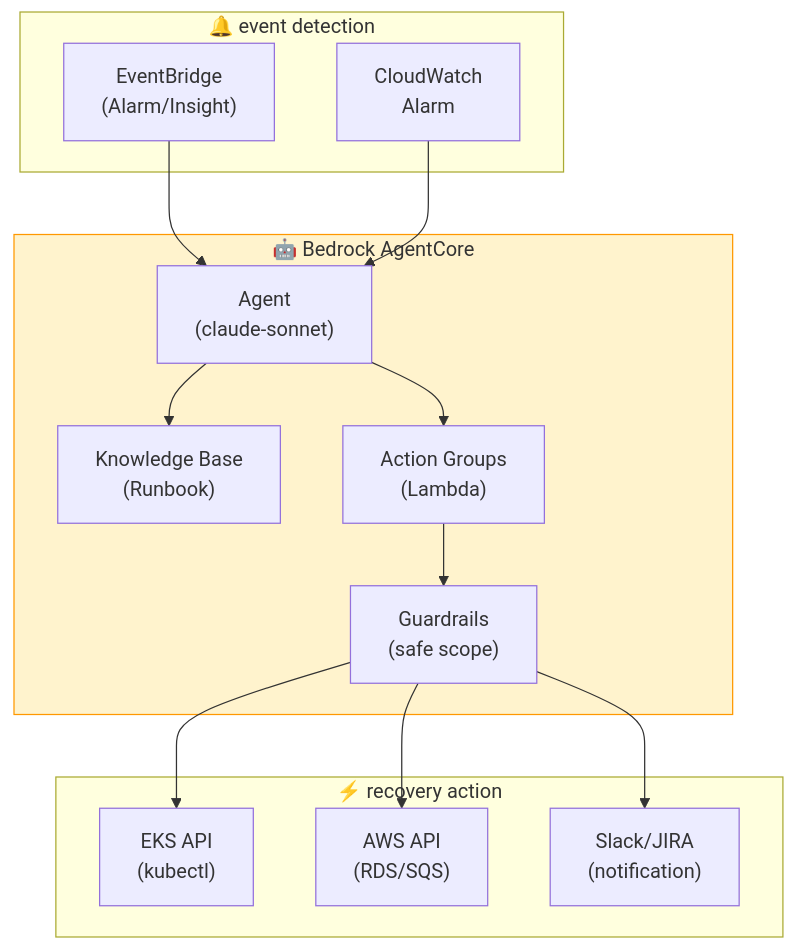
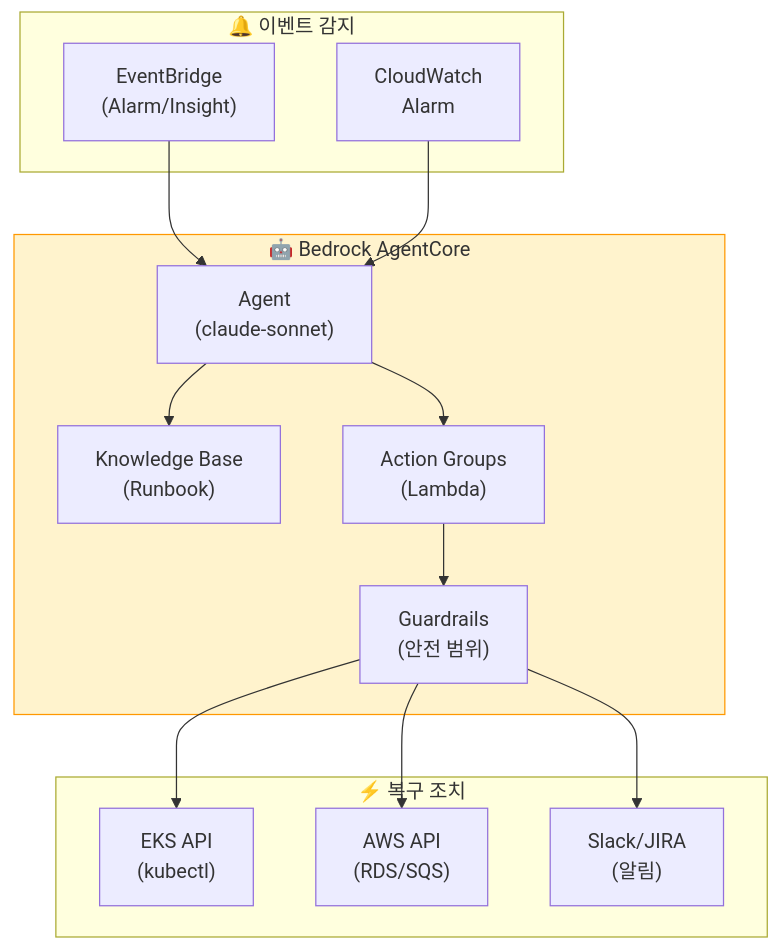
Before and after one commit to devfloor9/engineering-playbook: the eighth of 13 diagrams in i18n/en/docusaurus-plugin-content-docs/current/aidlc/agentic-ops/aiops-predictive-operations.md, drawn with Mermaid. The commit also changed other lines of this file and 95 other files, not shown here.

````diff
--- a/i18n/en/docusaurus-plugin-content-docs/current/aidlc/agentic-ops/aiops-predictive-operations.md
+++ b/i18n/en/docusaurus-plugin-content-docs/current/aidlc/agentic-ops/aiops-predictive-operations.md
@@ -1902,28 +1914,31 @@
 ```mermaid
 graph TD
-subgraph Trigger["🔔 event detection"]
-EVB["EventBridge<br/>(Alarm/Insight)"]
-CWA["CloudWatch<br/>Alarm"]
-end
+ subgraph Trigger["🔔 이벤트 감지"]
+ EVB["EventBridge<br/>(Alarm/Insight)"]
+ CWA["CloudWatch<br/>Alarm"]
+ end
 
-subgraph AgentCore["🤖 Bedrock AgentCore"]
-AGENT["Agent<br/>(claude-sonnet)"]
-KB["Knowledge Base<br/>(Runbook)"]
-AG["Action Groups<br/>(Lambda)"]
-GR["Guardrails<br/>(safe scope)"]
-end
+ subgraph AgentCore["🤖 Bedrock AgentCore"]
+ AGENT["Agent<br/>(claude-sonnet)"]
+ KB["Knowledge Base<br/>(Runbook)"]
+ AG["Action Groups<br/>(Lambda)"]
+ GR["Guardrails<br/>(안전 범위)"]
+ end
 
-subgraph Actions["⚡ recovery action"]
-EKS_A["EKS API<br/>(kubectl)"]
-AWS_A["AWS API<br/>(RDS/SQS)"]
-NOTIFY["Slack/JIRA<br/>(notification)"]
-end
+ subgraph Actions["⚡ 복구 조치"]
+ EKS_A["EKS API<br/>(kubectl)"]
+ AWS_A["AWS API<br/>(RDS/SQS)"]
+ NOTIFY["Slack/JIRA<br/>(알림)"]
+ end
 
-EVB --> AGENT
-CWA --> AGENT --> KB
-AGENT --> AG --> GR --> EKS_A
-GR --> AWS_A
-GR --> NOTIFY
+ EVB --> AGENT
+ CWA --> AGENT
+ AGENT --> KB
+ AGENT --> AG
+ AG --> GR
+ GR --> EKS_A
+ GR --> AWS_A
+ GR --> NOTIFY
 
-style AgentCore fill:#fff3cd,stroke:#ff9800
+ style AgentCore fill:#fff3cd,stroke:#ff9800
 ```
````
